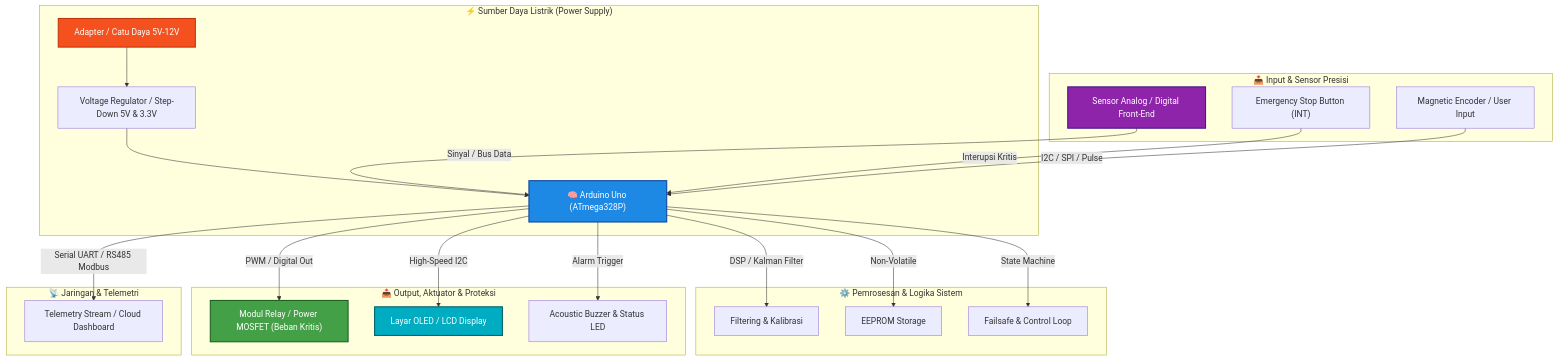
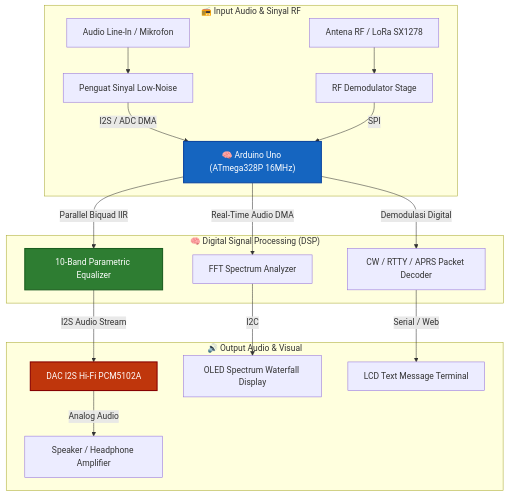
Before and after one commit to muhammadfikri-dev/arduino-uno-pid-chamber-controller: the diagram in README.md, drawn with Mermaid. The commit also changed other lines of this file, not shown here.

Commit message:
docs: update unique domain-specific Mermaid architecture & tailored BOM for Industrial Automation

````diff
--- a/README.md
+++ b/README.md
@@ -17,35 +17,26 @@
 ```mermaid
 graph TD
-    subgraph Power_Supply ["⚡ Sumber Daya Listrik (Power Supply)"]
-        PSU["Adapter / Catu Daya 5V-12V"] --> REG["Voltage Regulator / Step-Down 5V & 3.3V"]
-        REG --> MCU["🧠 Arduino Uno (ATmega328P)"]
+    subgraph Audio_RF_In ["📻 Input Audio & Sinyal RF"]
+        AUDIO_IN["Audio Line-In / Mikrofon"] --> PREAMP["Penguat Sinyal Low-Noise"]
+        RF_IN["Antena RF / LoRa SX1278"] --> RF_MODEM["RF Demodulator Stage"]
+        PREAMP -->|"I2S / ADC DMA"| MCU["🧠 Arduino Uno (ATmega328P 16MHz)"]
+        RF_MODEM -->|"SPI"| MCU
     end
 
-    subgraph Inputs_Sensors ["📥 Input & Sensor Presisi"]
-        SENS["Sensor Analog / Digital Front-End"] -->|"Sinyal / Bus Data"| MCU
-        ESTOP["Emergency Stop Button (INT)"] -->|"Interupsi Kritis"| MCU
-        ENC["Magnetic Encoder / User Input"] -->|"I2C / SPI / Pulse"| MCU
+    subgraph DSP_Processing ["🧠 Digital Signal Processing (DSP)"]
+        MCU -->|"Real-Time Audio DMA"| FFT["FFT Spectrum Analyzer"]
+        MCU -->|"Parallel Biquad IIR"| EQ["10-Band Parametric Equalizer"]
+        MCU -->|"Demodulasi Digital"| DEMOD["CW / RTTY / APRS Packet Decoder"]
     end
 
-    subgraph Controller_Core ["⚙️ Pemrosesan & Logika Sistem"]
-        MCU -->|"DSP / Kalman Filter"| DSP["Filtering & Kalibrasi"]
-        MCU -->|"Non-Volatile"| NVS["EEPROM Storage"]
-        MCU -->|"State Machine"| FSM["Failsafe & Control Loop"]
+    subgraph Audio_RF_Out ["🔊 Output Audio & Visual"]
+        EQ -->|"I2S Audio Stream"| DAC["DAC I2S Hi-Fi PCM5102A"]
+        DAC -->|"Analog Audio"| AMP["Speaker / Headphone Amplifier"]
+        FFT -->|"I2C"| OLED["OLED Spectrum Waterfall Display"]
+        DEMOD -->|"Serial / Web"| UI["LCD Text Message Terminal"]
     end
 
-    subgraph Outputs_Actuators ["📤 Output, Aktuator & Proteksi"]
-        MCU -->|"PWM / Digital Out"| RELAY["Modul Relay / Power MOSFET (Beban Kritis)"]
-        MCU -->|"High-Speed I2C"| DISP["Layar OLED / LCD Display"]
-        MCU -->|"Alarm Trigger"| BUZZ["Acoustic Buzzer & Status LED"]
-    end
-
-    subgraph Communication_Telemetry ["📡 Jaringan & Telemetri"]
-        MCU -->|"Serial UART / RS485 Modbus"| TELEM["Telemetry Stream / Cloud Dashboard"]
-    end
-
-    style MCU fill:#1e88e5,stroke:#0d47a1,stroke-width:2px,color:#ffffff
-    style PSU fill:#f4511e,stroke:#bf360c,stroke-width:2px,color:#ffffff
-    style RELAY fill:#43a047,stroke:#1b5e20,stroke-width:2px,color:#ffffff
-    style SENS fill:#8e24aa,stroke:#4a148c,stroke-width:2px,color:#ffffff
-    style DISP fill:#00acc1,stroke:#006064,stroke-width:2px,color:#ffffff
+    style MCU fill:#1565c0,stroke:#0d47a1,stroke-width:2px,color:#fff
+    style EQ fill:#2e7d32,stroke:#1b5e20,stroke-width:2px,color:#fff
+    style DAC fill:#bf360c,stroke:#870000,stroke-width:2px,color:#fff
 ```
````
